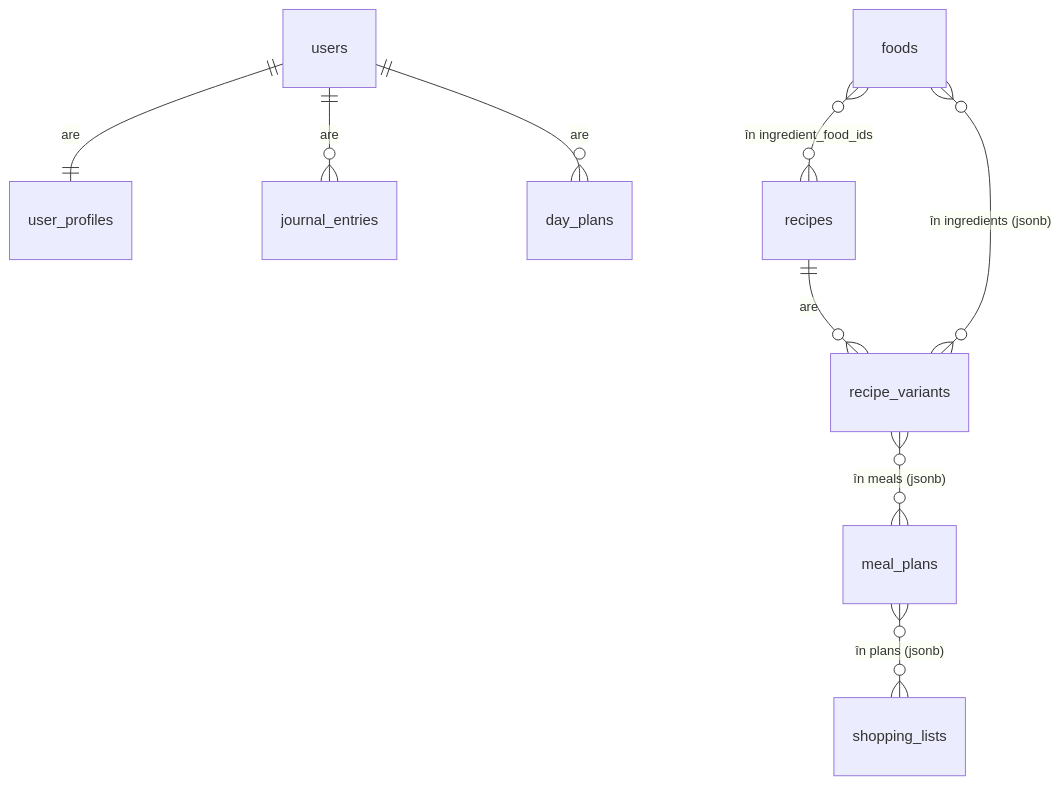
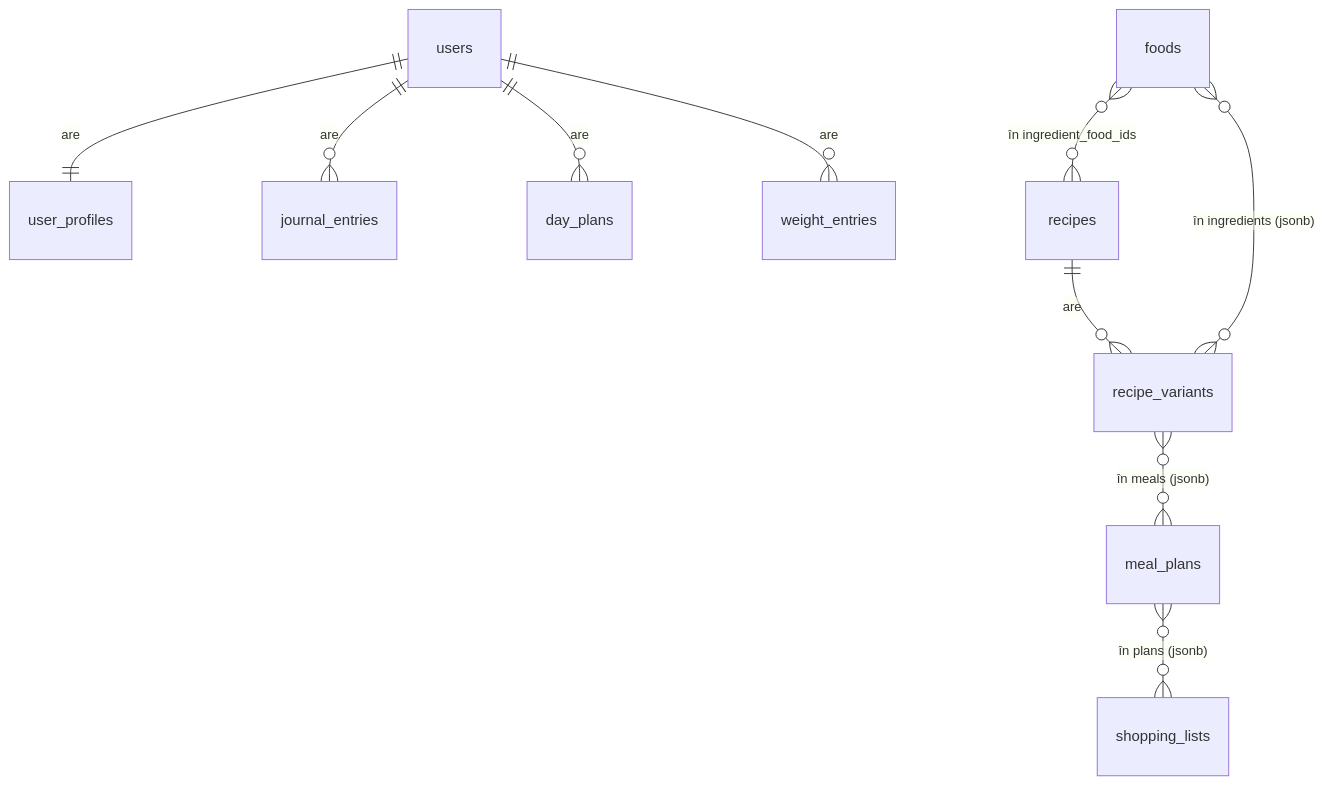
One commit to developedbyflow/macro-mate changed the second of 3 diagrams in docs/spec.md. Above: the diagram before and after it, drawn with Mermaid. The commit also changed other lines of this file and 32 other files, not shown here.

````diff
--- a/docs/spec.md
+++ b/docs/spec.md
@@ -84,11 +85,12 @@
 ```mermaid
 erDiagram
   users ||--|| user_profiles : are
   users ||--o{ journal_entries : are
   users ||--o{ day_plans : are
+  users ||--o{ weight_entries : are
   recipes ||--o{ recipe_variants : are
   foods }o--o{ recipes : "în ingredient_food_ids"
   foods }o--o{ recipe_variants : "în ingredients (jsonb)"
   recipe_variants }o--o{ meal_plans : "în meals (jsonb)"
   meal_plans }o--o{ shopping_lists : "în plans (jsonb)"
 ```
````
